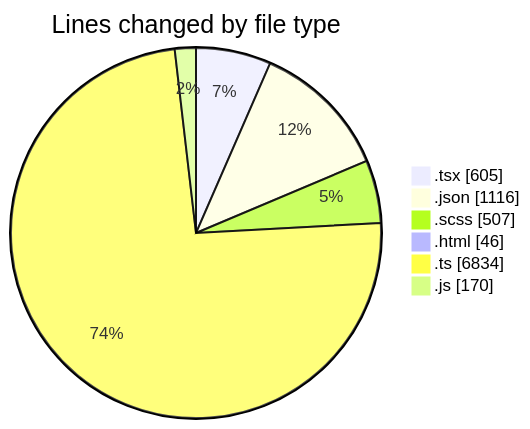
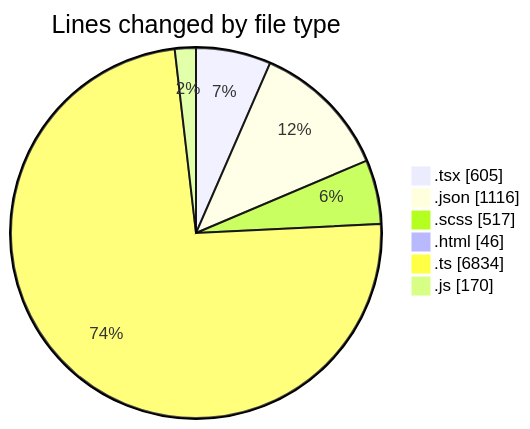
Before and after one commit to momahboobian/code-tracking: the first of 2 diagrams in 2026-04-14/cda/README.md, drawn with Mermaid. The commit also changed other lines of this file and 1 other file, not shown here.

````diff
--- a/2026-04-14/cda/README.md
+++ b/2026-04-14/cda/README.md
@@ -40,10 +40,10 @@
 ```mermaid
 pie showData
 title Lines changed by file type
 ".tsx" : 605
 ".json" : 1116
-".scss" : 507
+".scss" : 517
 ".html" : 46
 ".ts" : 6834
 ".js" : 170
 ```
````
